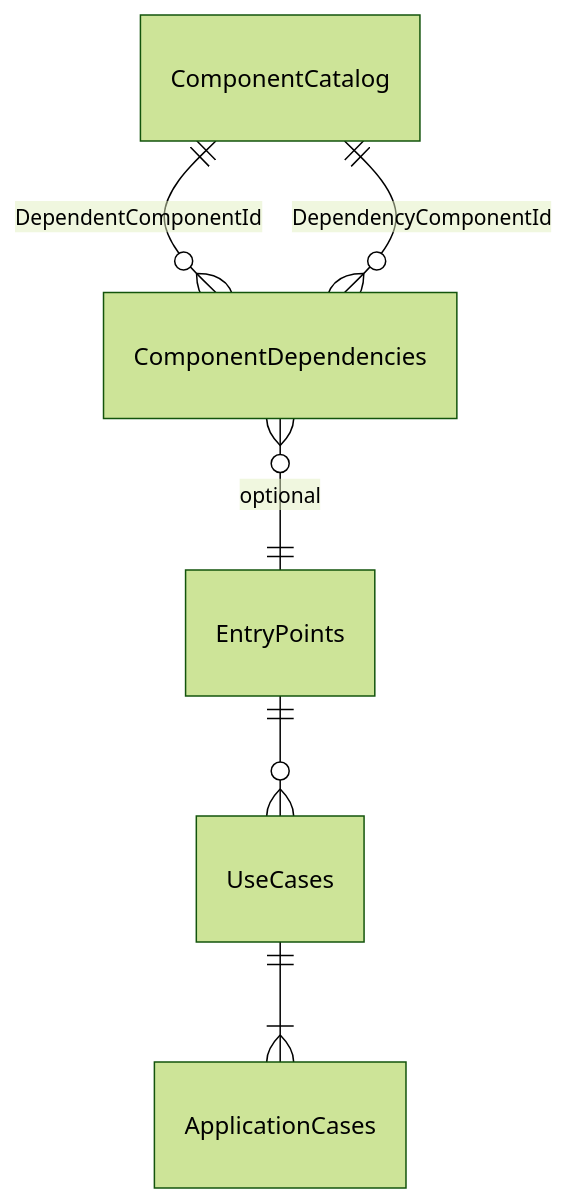
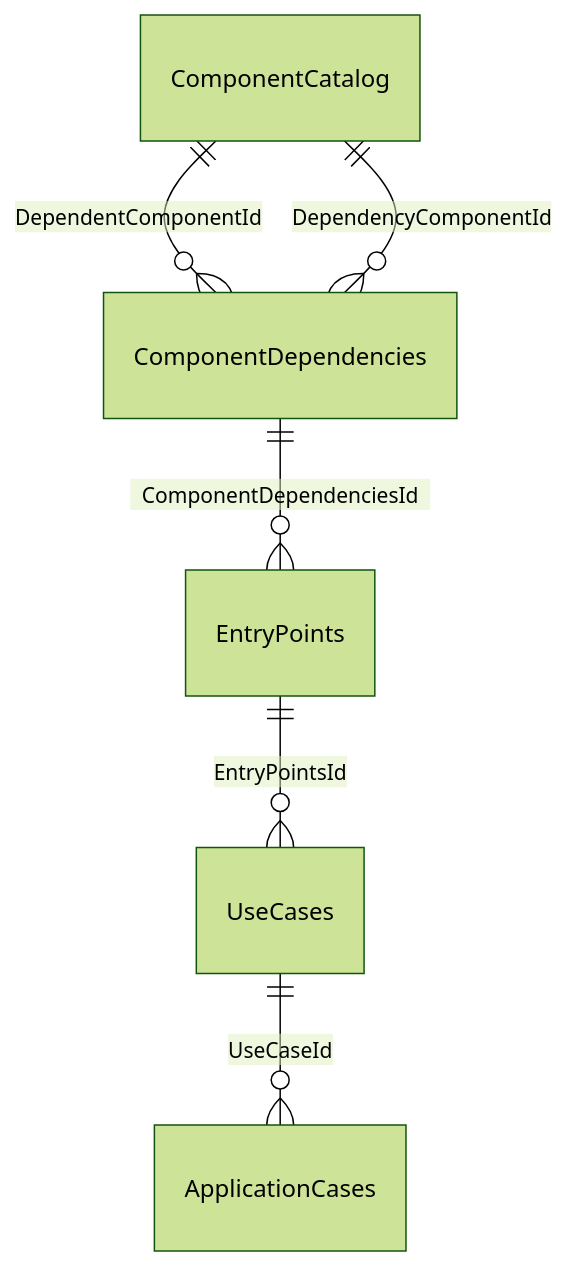
The diagram in docs/pages/templates1/DEPENDENCY_MODELING.md (gritlabs1/gritlabs), drawn with Mermaid (forest theme) before and after one commit. The commit also changed other lines of this file, not shown here.

```diff
--- a/docs/pages/templates1/DEPENDENCY_MODELING.md
+++ b/docs/pages/templates1/DEPENDENCY_MODELING.md
@@ -48,8 +48,8 @@
-<div class="mermaid">
+<div class="mermaid" style="text-align: center; ">
 erDiagram
     ComponentCatalog ||--o{ ComponentDependencies : "DependentComponentId"
     ComponentCatalog ||--o{ ComponentDependencies : "DependencyComponentId"
-    ComponentDependencies }o--|| EntryPoints : "optional"
-    EntryPoints ||--o{ UseCases : ""
-    UseCases ||--|{ ApplicationCases : ""
+    ComponentDependencies ||--o{ EntryPoints : "ComponentDependenciesId"
+    EntryPoints ||--o{ UseCases : "EntryPointsId"
+    UseCases ||--o{ ApplicationCases : "UseCaseId"
 </div>
```
